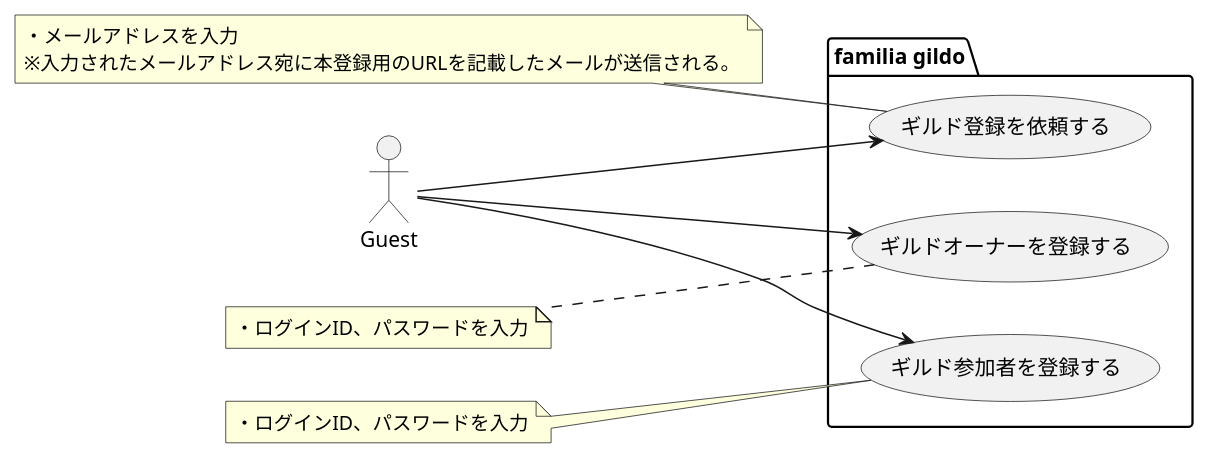
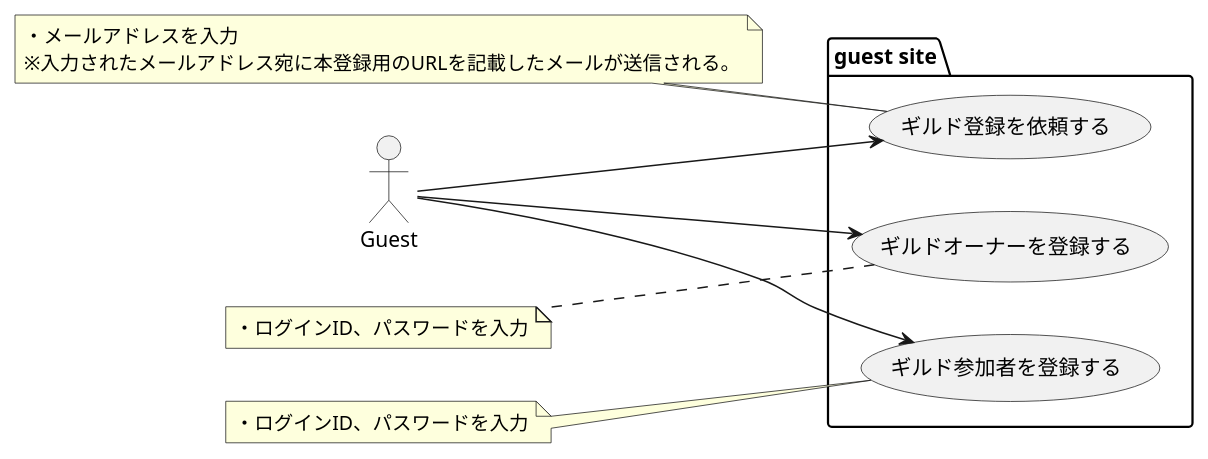
The diagram in design/usecase/guest/usecase.puml (sky0621/familiagildo), drawn with PlantUML before and after one commit. The commit also changed 13 other files, not shown here.

```diff
--- a/design/usecase/guest/usecase.puml
+++ b/design/usecase/guest/usecase.puml
@@ -1,30 +1,30 @@
 @startuml
 
 left to right direction
 
 actor Guest as g
 
-package "familia gildo" {
+package "guest site" {
     usecase "ギルド登録を依頼する" as requestCreateGuild
     usecase "ギルドオーナーを登録する" as createOwner
     usecase "ギルド参加者を登録する" as createParticipant
 }
 
 g --> requestCreateGuild
 g --> createOwner
 g --> createParticipant
 
 note left of requestCreateGuild
 ・メールアドレスを入力
 ※入力されたメールアドレス宛に本登録用のURLを記載したメールが送信される。
 end note
 
 note left of createOwner
 ・ログインID、パスワードを入力
 end note
 
 note left of createParticipant
 ・ログインID、パスワードを入力
 end note
 
 @enduml
```
